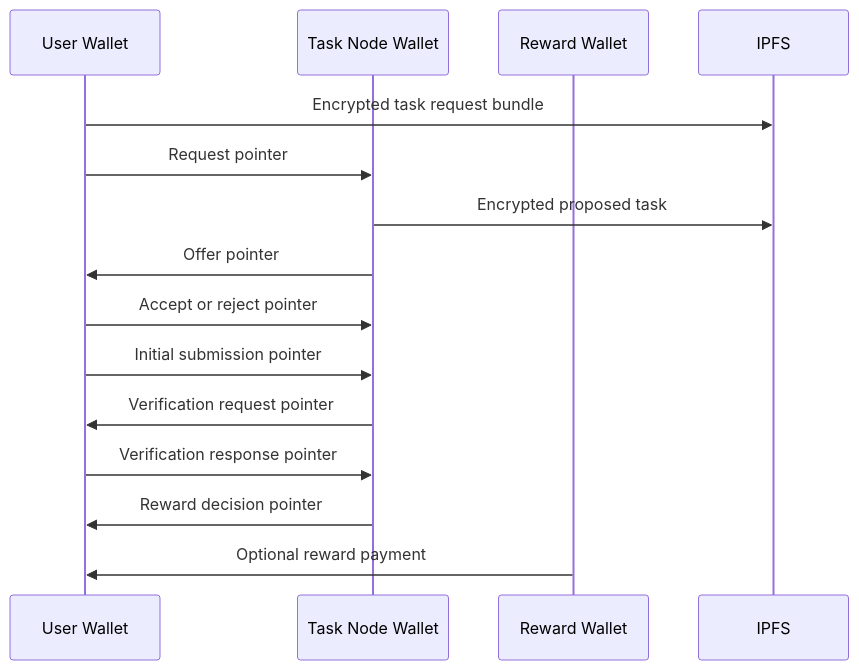
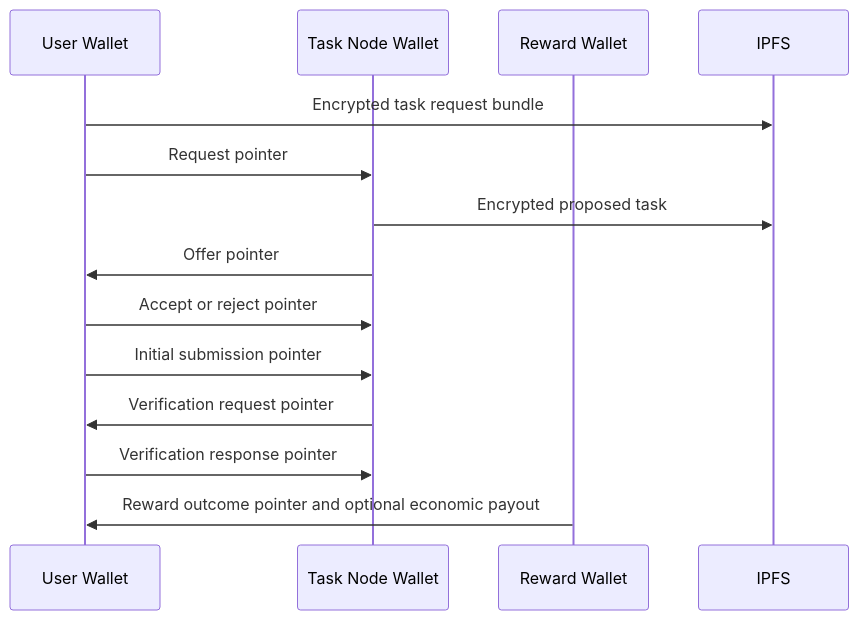
Before and after one commit to postfiatorg/tasknode: the diagram in docs/wiki/architecture/task-lifecycle.md, drawn with Mermaid. The commit also changed other lines of this file and 206 other files, not shown here.

````diff
--- a/docs/wiki/architecture/task-lifecycle.md
+++ b/docs/wiki/architecture/task-lifecycle.md
@@ -62,17 +99,16 @@
 ```mermaid
 sequenceDiagram
   participant U as User Wallet
   participant T as Task Node Wallet
   participant R as Reward Wallet
   participant IPFS as IPFS
   U->>IPFS: Encrypted task request bundle
   U->>T: Request pointer
   T->>IPFS: Encrypted proposed task
   T->>U: Offer pointer
   U->>T: Accept or reject pointer
   U->>T: Initial submission pointer
   T->>U: Verification request pointer
   U->>T: Verification response pointer
-  T->>U: Reward decision pointer
-  R->>U: Optional reward payment
+  R->>U: Reward outcome pointer and optional economic payout
 ```
````
